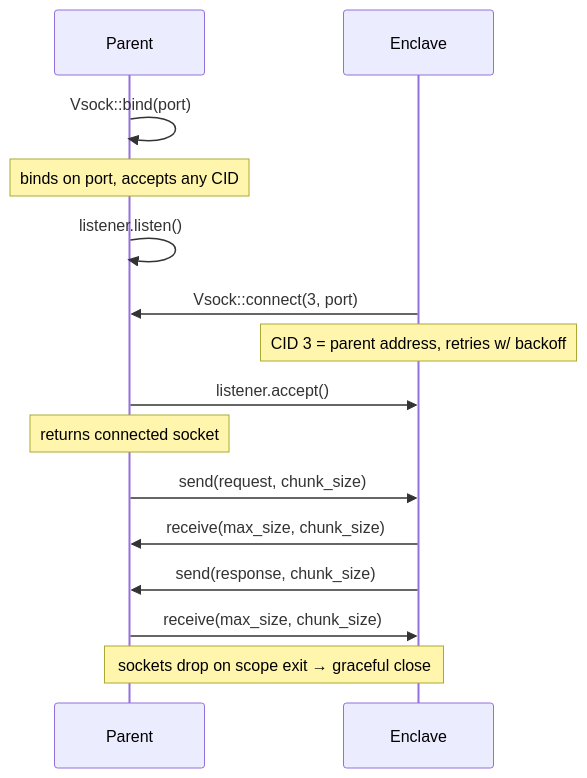
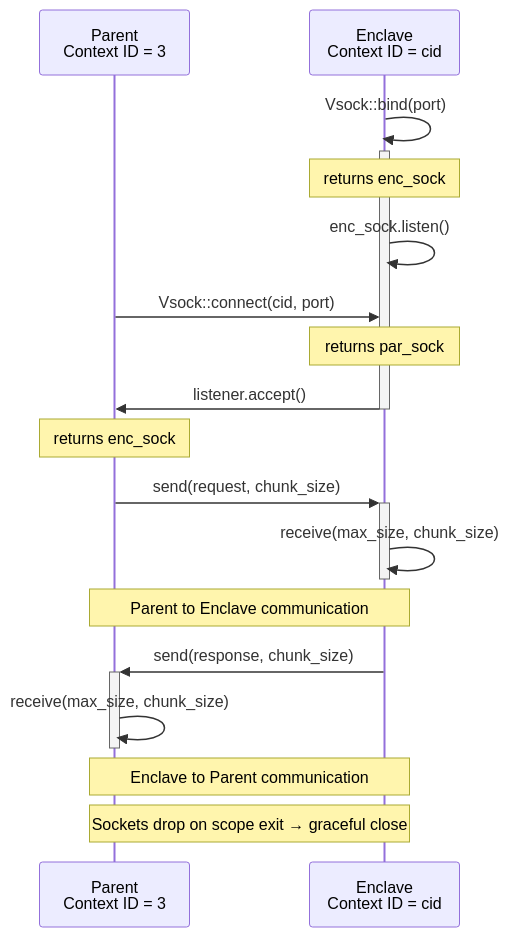
The second of 2 diagrams in README.md (orlowskilp/tiny-vsock), drawn with Mermaid before and after one commit. The commit also changed other lines of this file and 8 other files, not shown here.

````diff
--- a/README.md
+++ b/README.md
@@ -53,22 +55,24 @@
 ```mermaid
 sequenceDiagram
-    participant P as Parent
-    participant E as Enclave
+    participant P as Parent<br/>Context ID = 3
+    participant E as Enclave<br/>Context ID = cid
 
-    P->>P: Vsock::bind(port)
-    Note over P: binds on port, accepts any CID
-    P->>P: listener.listen()
+    E->>+E: Vsock::bind(port)
+    Note over E: returns enc_sock
+    E->>E: enc_sock.listen()
 
-    E->>P: Vsock::connect(3, port)
-    Note over E: CID 3 = parent address, retries w/ backoff
-    P->>E: listener.accept()
-    Note over P: returns connected socket
+    P->>E: Vsock::connect(cid, port)
+    Note over E: returns par_sock
+    E->>-P: listener.accept()
+    Note over P: returns enc_sock
 
-    P->>E: send(request, chunk_size)
-    E->>P: receive(max_size, chunk_size)
+    P->>+E: send(request, chunk_size)
+    E->>-E: receive(max_size, chunk_size)
+    Note over E,P: Parent to Enclave communication
 
-    E->>P: send(response, chunk_size)
-    P->>E: receive(max_size, chunk_size)
+    E->>+P: send(response, chunk_size)
+    P->>-P: receive(max_size, chunk_size)
+    Note over E,P: Enclave to Parent communication
 
-    Note over P,E: sockets drop on scope exit → graceful close
+    Note over P,E: Sockets drop on scope exit → graceful close
 ```
````
